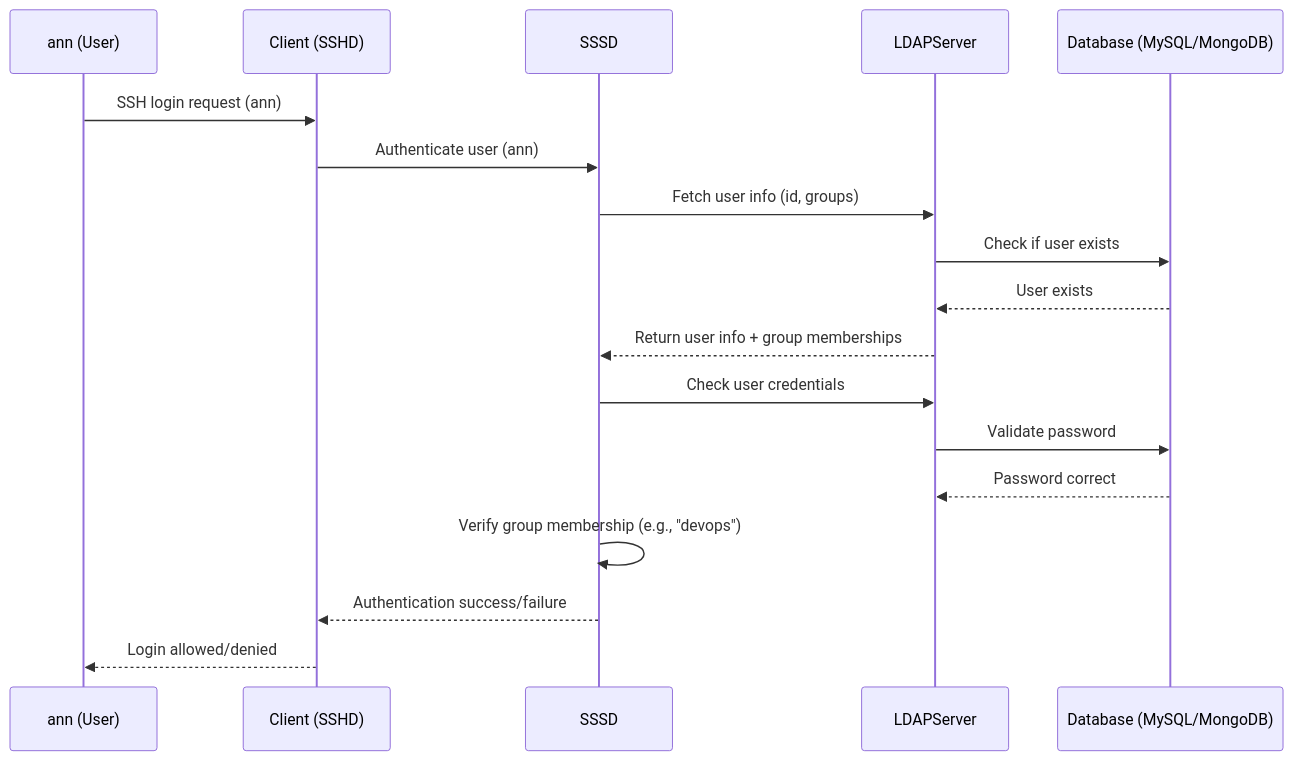
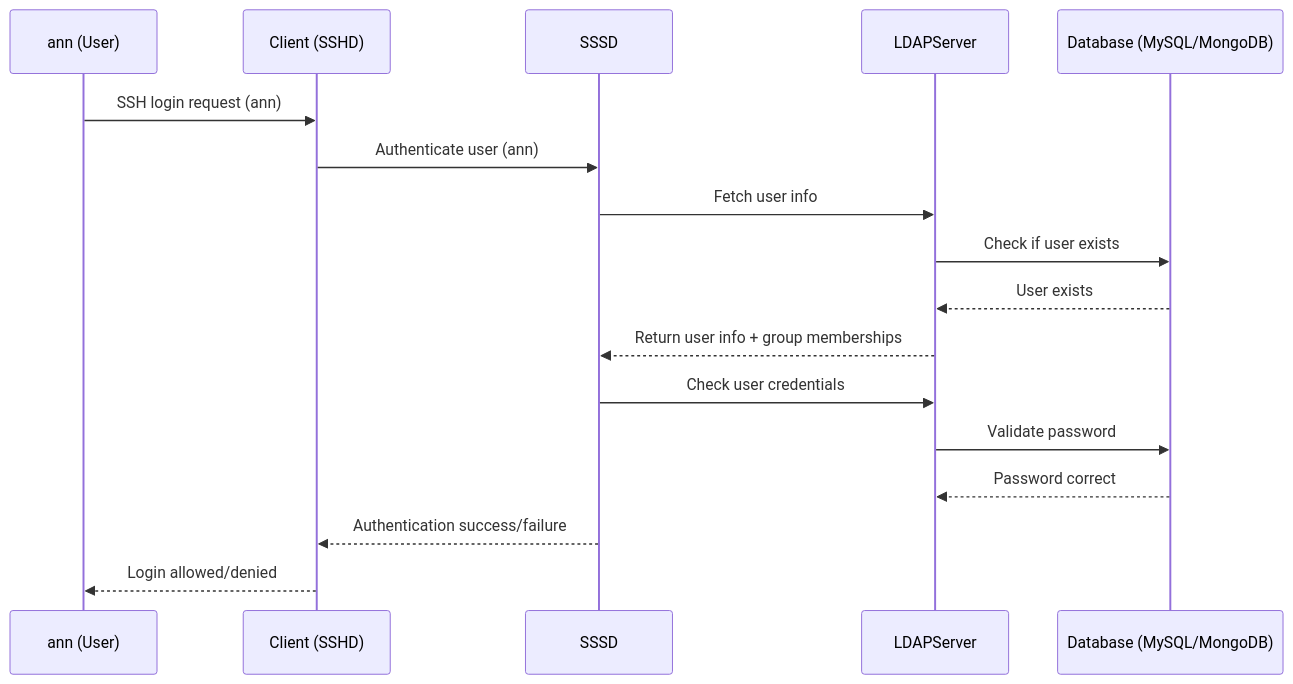
One commit to mieweb/LDAPServer changed the first of 3 diagrams in README.md. Above: the diagram before and after it, drawn with Mermaid. The commit also changed other lines of this file, not shown here.

Commit message:
Update mermaid diagram

````diff
--- a/README.md
+++ b/README.md
@@ -5,23 +5,22 @@
 ```mermaid
 sequenceDiagram
     participant User as ann (User)
     participant Client as Client (SSHD)
     participant SSSD as SSSD
     participant LDAP as LDAPServer
     participant DB as Database (MySQL/MongoDB)
     User->>Client: SSH login request (ann)
     Client->>SSSD: Authenticate user (ann)
-    SSSD->>LDAP: Fetch user info (id, groups)
+    SSSD->>LDAP: Fetch user info
     LDAP->>DB: Check if user exists
     DB-->>LDAP: User exists
     LDAP-->>SSSD: Return user info + group memberships
     SSSD->>LDAP: Check user credentials
     LDAP->>DB: Validate password
     DB-->>LDAP: Password correct
-    SSSD->>SSSD: Verify group membership (e.g., "devops")
     SSSD-->>Client: Authentication success/failure
     Client-->>User: Login allowed/denied
 
 
 
 ```
````
